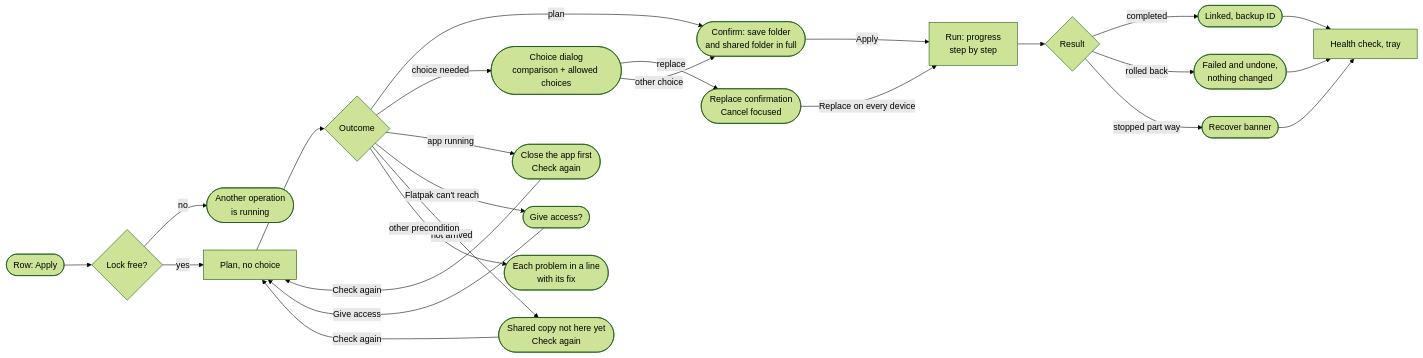
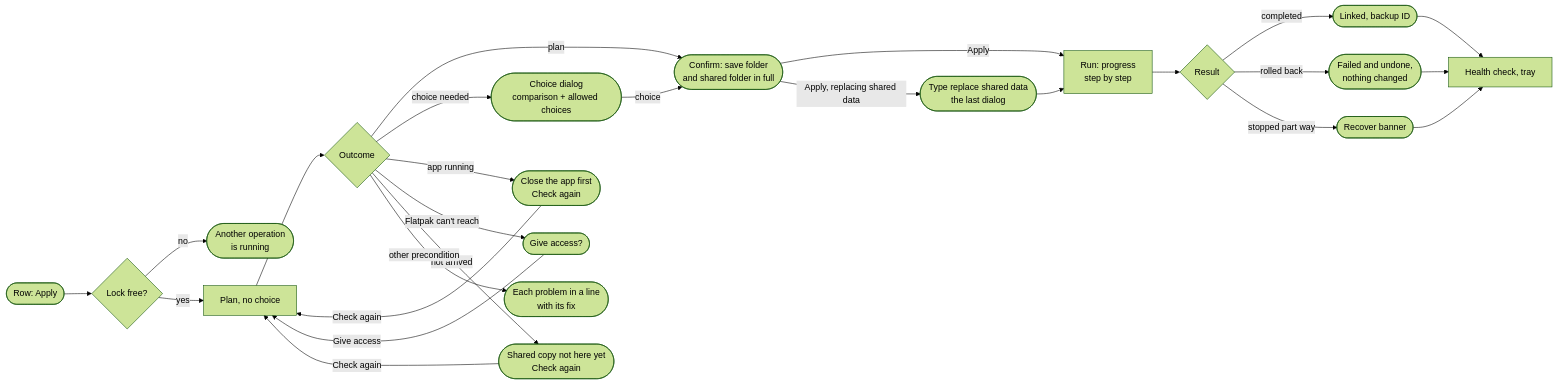
Before and after one commit to carlocgc/SaveTether: the third of 5 diagrams in docs/design/desktop-app-spec.md, drawn with Mermaid (forest theme). The commit also changed other lines of this file and 19 other files, not shown here.

First line of the commit message:
Guard replacing and restoring shared saves with a typed phrase (#125)

````diff
--- a/docs/design/desktop-app-spec.md
+++ b/docs/design/desktop-app-spec.md
@@ -490,27 +490,26 @@
 ```mermaid
 flowchart LR
   A(["Row: Apply"]) --> LK{"Lock free?"}
   LK -- no --> BUSY(["Another operation<br/>is running"])
   LK -- yes --> P["Plan, no choice"]
   P --> O{"Outcome"}
   O -- "plan" --> CF(["Confirm: save folder<br/>and shared folder in full"])
   O -- "choice needed" --> CD(["Choice dialog<br/>comparison + allowed choices"])
   O -- "app running" --> RUN(["Close the app first<br/>Check again"])
   O -- "Flatpak can't reach" --> GR(["Give access?"])
   O -- "not arrived" --> NA(["Shared copy not here yet<br/>Check again"])
   O -- "other precondition" --> PRE(["Each problem in a line<br/>with its fix"])
   RUN -- "Check again" --> P
   GR -- "Give access" --> P
   NA -- "Check again" --> P
-  CD -- "replace" --> RC(["Replace confirmation<br/>Cancel focused"])
-  CD -- "other choice" --> CF
-  RC -- "Replace on every device" --> GO
+  CD -- "choice" --> CF
   CF -- "Apply" --> GO["Run: progress<br/>step by step"]
+  CF -- "Apply, replacing shared data" --> RC(["Type replace shared data<br/>the last dialog"]) --> GO
   GO --> RES{"Result"}
   RES -- "completed" --> OK(["Linked, backup ID"])
   RES -- "rolled back" --> RB(["Failed and undone,<br/>nothing changed"])
   RES -- "stopped part way" --> RV(["Recover banner"])
   OK --> H["Health check, tray"]
   RB --> H
   RV --> H
 ```
````
